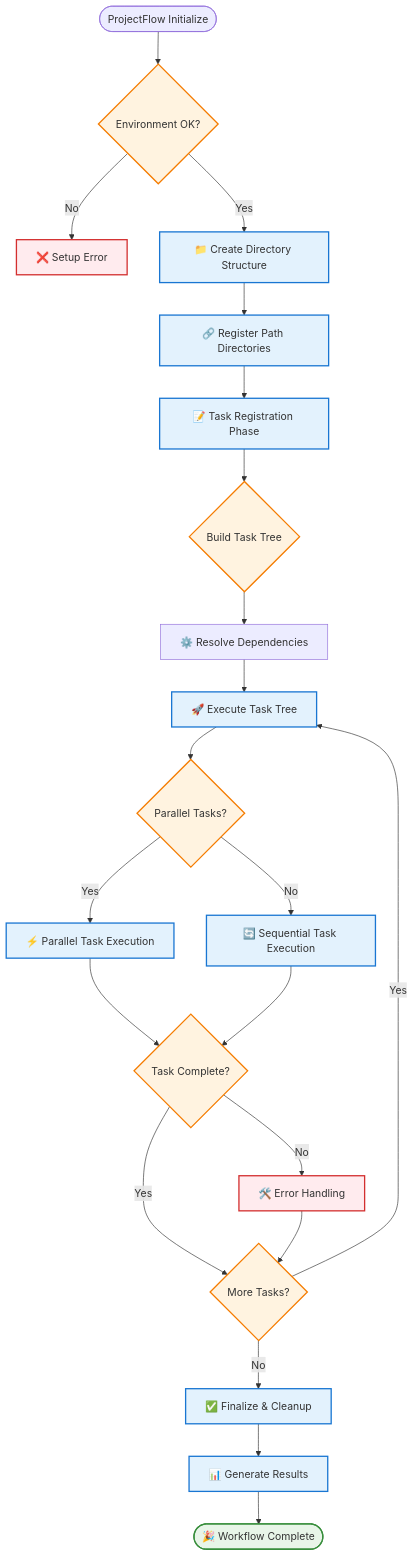
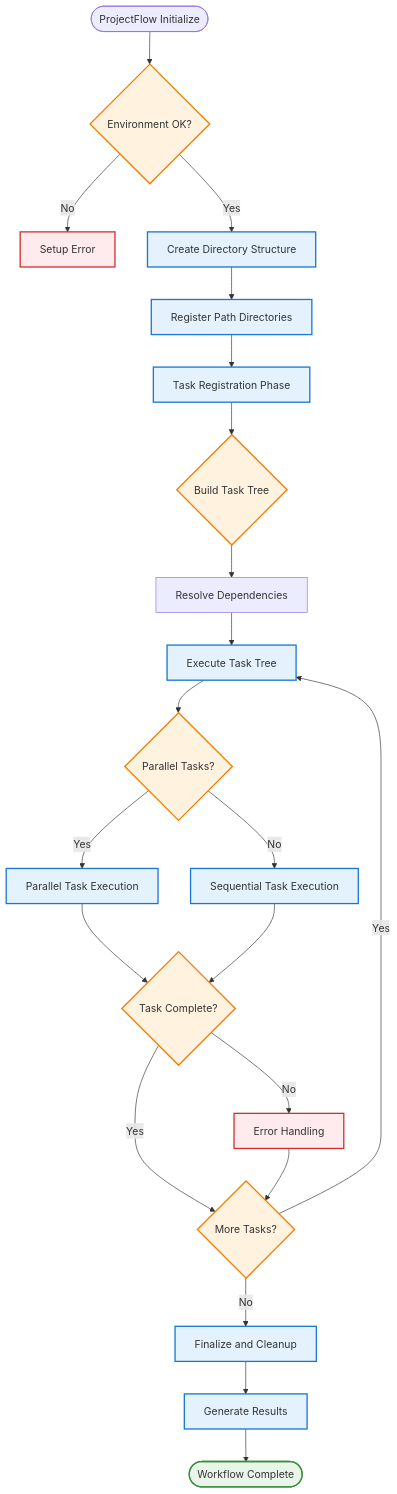
One commit to jandrewjohnson/hazelbean_dev changed the second of 2 diagrams in docs-site/quarto-docs/educational/index.qmd. Above: the diagram before and after it, drawn with Mermaid. The commit also changed other lines of this file and 11 other files, not shown here.

````diff
--- a/docs-site/quarto-docs/educational/index.qmd
+++ b/docs-site/quarto-docs/educational/index.qmd
@@ -56,41 +56,41 @@
 ```{mermaid}
 flowchart TD
     Start([ProjectFlow Initialize]) --> SetupCheck{Environment OK?}
-    SetupCheck -->|No| Error[❌ Setup Error]
-    SetupCheck -->|Yes| CreateDirs[📁 Create Directory Structure]
+    SetupCheck -->|No| Error[Setup Error]
+    SetupCheck -->|Yes| CreateDirs[Create Directory Structure]
     
-    CreateDirs --> RegisterPaths[🔗 Register Path Directories]
-    RegisterPaths --> TaskRegistration[📝 Task Registration Phase]
+    CreateDirs --> RegisterPaths[Register Path Directories]
+    RegisterPaths --> TaskRegistration[Task Registration Phase]
     
     TaskRegistration --> TaskTree{Build Task Tree}
-    TaskTree --> TaskDeps[⚙️ Resolve Dependencies]
-    TaskDeps --> TaskExecution[🚀 Execute Task Tree]
+    TaskTree --> TaskDeps[Resolve Dependencies]
+    TaskDeps --> TaskExecution[Execute Task Tree]
     
     TaskExecution --> ParallelCheck{Parallel Tasks?}
-    ParallelCheck -->|Yes| ParallelExec[⚡ Parallel Task Execution]
-    ParallelCheck -->|No| SerialExec[🔄 Sequential Task Execution]
+    ParallelCheck -->|Yes| ParallelExec[Parallel Task Execution]
+    ParallelCheck -->|No| SerialExec[Sequential Task Execution]
     
     ParallelExec --> TaskComplete
     SerialExec --> TaskComplete{Task Complete?}
     
-    TaskComplete -->|No| ErrorHandle[🛠️ Error Handling]
+    TaskComplete -->|No| ErrorHandle[Error Handling]
     TaskComplete -->|Yes| NextTask{More Tasks?}
     
     ErrorHandle --> NextTask
     NextTask -->|Yes| TaskExecution
-    NextTask -->|No| Finalize[✅ Finalize & Cleanup]
+    NextTask -->|No| Finalize[Finalize and Cleanup]
     
-    Finalize --> Results[📊 Generate Results]
-    Results --> Complete([🎉 Workflow Complete])
+    Finalize --> Results[Generate Results]
+    Results --> Complete([Workflow Complete])
     
     %% Styling
     classDef process fill:#e3f2fd,stroke:#1976d2,stroke-width:2px
     classDef decision fill:#fff3e0,stroke:#f57c00,stroke-width:2px
     classDef error fill:#ffebee,stroke:#d32f2f,stroke-width:2px
     classDef success fill:#e8f5e8,stroke:#388e3c,stroke-width:2px
     
     class CreateDirs,RegisterPaths,TaskRegistration,TaskExecution,ParallelExec,SerialExec,Finalize,Results process
     class SetupCheck,TaskTree,ParallelCheck,TaskComplete,NextTask decision
     class Error,ErrorHandle error
     class Complete success
 ```
````
